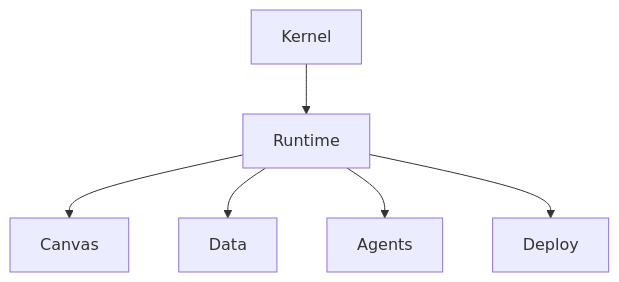
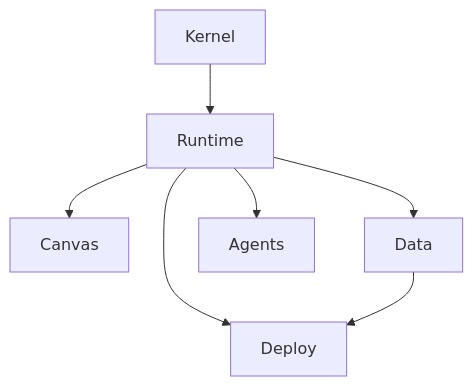
One commit to somat3k/test-repository-infinity_OS changed the second of 2 diagrams in AGENTS.md. Above: the diagram before and after it, drawn with Mermaid.

Commit message:
Align deploy dependency diagram

````diff
--- a/AGENTS.md
+++ b/AGENTS.md
@@ -48,8 +48,9 @@
 ```mermaid
 flowchart TB
   Kernel --> Runtime
   Runtime --> Canvas
   Runtime --> Data
   Runtime --> Agents
   Runtime --> Deploy
+  Data --> Deploy
 ```
````
